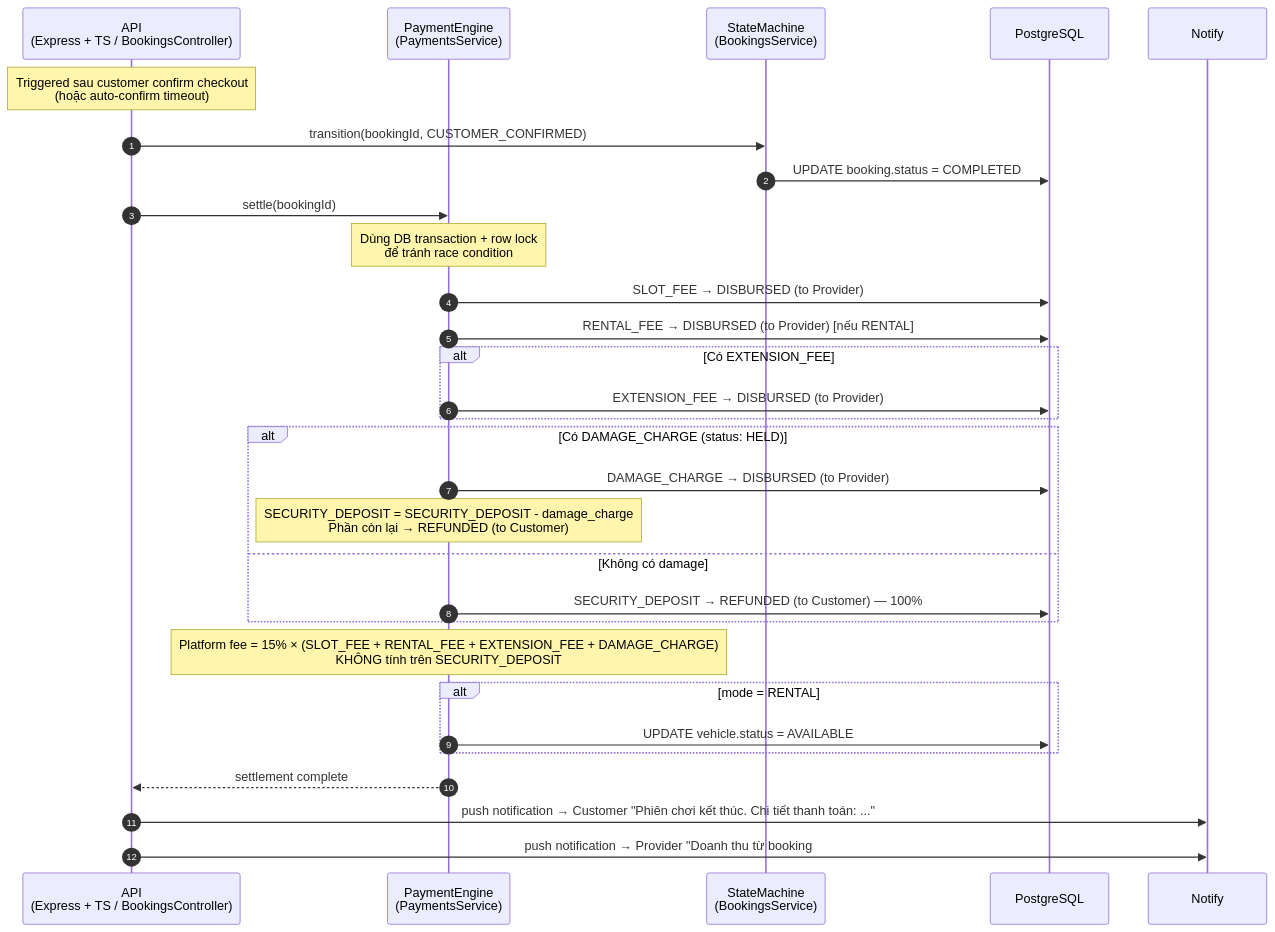
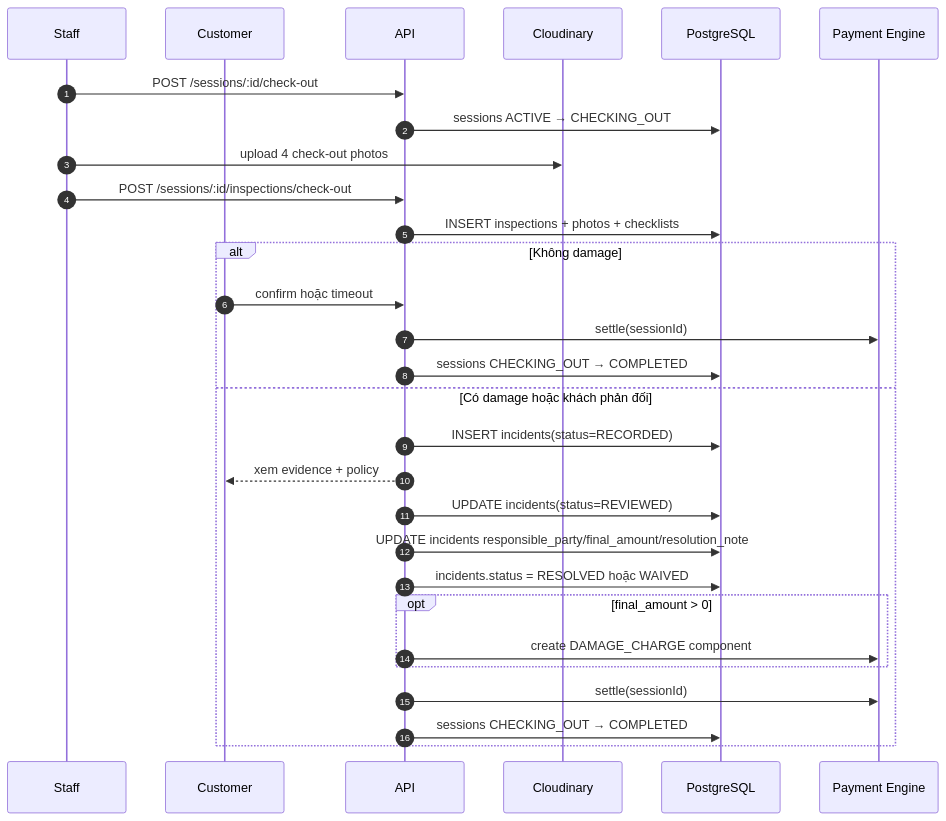
Before and after one commit to RCField-SEP490/rcfield-spec: the fifth of 6 diagrams in docs/diagrams/sequence/sequence-flow-booking-lifecycle.md, drawn with Mermaid. The commit also changed other lines of this file and 15 other files, not shown here.

First line of the commit message:
Refactor business rules for booking, dispute resolution, fleet management, inspections, promotions, and documentation updates

````diff
--- a/docs/diagrams/sequence/sequence-flow-booking-lifecycle.md
+++ b/docs/diagrams/sequence/sequence-flow-booking-lifecycle.md
@@ -344,42 +148,32 @@
 ```mermaid
 sequenceDiagram
     autonumber
-    participant B as API<br/>(Express + TS / BookingsController)
-    participant PE as PaymentEngine<br/>(PaymentsService)
-    participant SM as StateMachine<br/>(BookingsService)
+    participant S as Staff
+    participant C as Customer
+    participant API as API
+    participant ST as Cloudinary
     participant DB as PostgreSQL
-    participant N as Notify
+    participant PE as Payment Engine
 
-    Note over B: Triggered sau customer confirm checkout<br/>(hoặc auto-confirm timeout)
-
-    B->>SM: transition(bookingId, CUSTOMER_CONFIRMED)
-    SM->>DB: UPDATE booking.status = COMPLETED
-
-    B->>PE: settle(bookingId)
-
-    Note over PE: Dùng DB transaction + row lock<br/>để tránh race condition
-
-    PE->>DB: SLOT_FEE → DISBURSED (to Provider)
-    PE->>DB: RENTAL_FEE → DISBURSED (to Provider) [nếu RENTAL]
-
-    alt Có EXTENSION_FEE
-        PE->>DB: EXTENSION_FEE → DISBURSED (to Provider)
+    S->>API: POST /sessions/:id/check-out
+    API->>DB: sessions ACTIVE → CHECKING_OUT
+    S->>ST: upload 4 check-out photos
+    S->>API: POST /sessions/:id/inspections/check-out
+    API->>DB: INSERT inspections + photos + checklists
+    alt Không damage
+        C->>API: confirm hoặc timeout
+        API->>PE: settle(sessionId)
+        API->>DB: sessions CHECKING_OUT → COMPLETED
+    else Có damage hoặc khách phản đối
+        API->>DB: INSERT incidents(status=RECORDED)
+        API-->>C: xem evidence + policy
+        API->>DB: UPDATE incidents(status=REVIEWED)
+        API->>DB: UPDATE incidents responsible_party/final_amount/resolution_note
+        API->>DB: incidents.status = RESOLVED hoặc WAIVED
+        opt final_amount > 0
+            API->>PE: create DAMAGE_CHARGE component
+        end
+        API->>PE: settle(sessionId)
+        API->>DB: sessions CHECKING_OUT → COMPLETED
     end
-
-    alt Có DAMAGE_CHARGE (status: HELD)
-        PE->>DB: DAMAGE_CHARGE → DISBURSED (to Provider)
-        Note over PE: SECURITY_DEPOSIT = SECURITY_DEPOSIT - damage_charge<br/>Phần còn lại → REFUNDED (to Customer)
-    else Không có damage
-        PE->>DB: SECURITY_DEPOSIT → REFUNDED (to Customer) — 100%
-    end
-
-    Note over PE: Platform fee = 15% × (SLOT_FEE + RENTAL_FEE + EXTENSION_FEE + DAMAGE_CHARGE)<br/>KHÔNG tính trên SECURITY_DEPOSIT
-
-    alt mode = RENTAL
-        PE->>DB: UPDATE vehicle.status = AVAILABLE
-    end
-
-    PE-->>B: settlement complete
-    B->>N: push notification → Customer "Phiên chơi kết thúc. Chi tiết thanh toán: ..."
-    B->>N: push notification → Provider "Doanh thu từ booking #X đã được ghi nhận"
 ```
````
